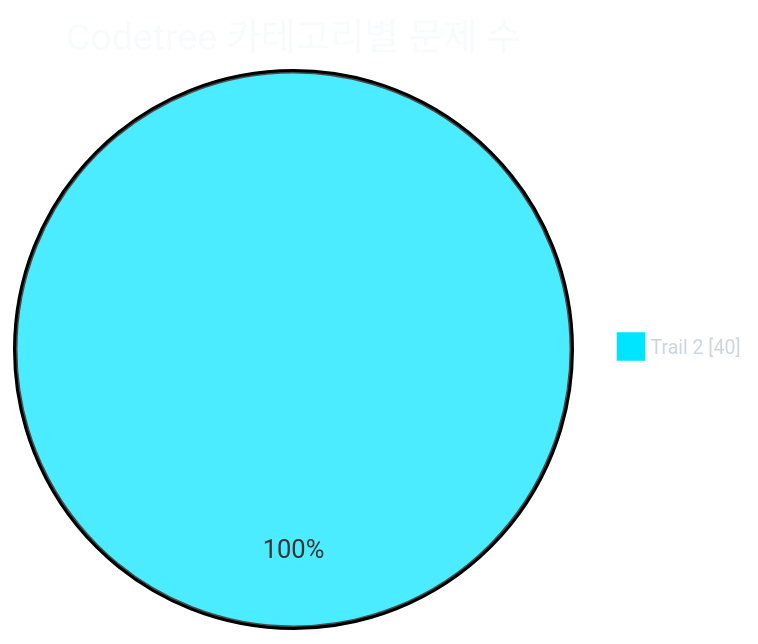
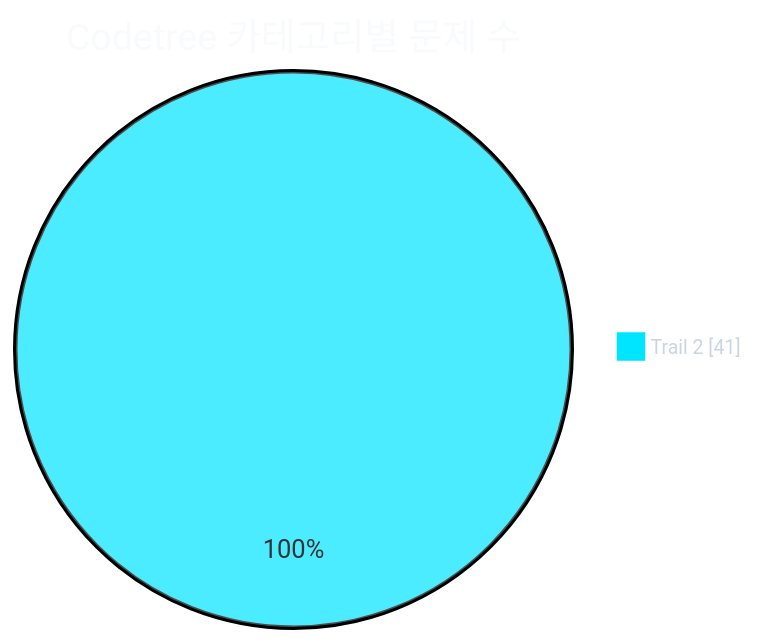
One commit to CHOOSLA/Algorithm changed the first of 2 diagrams in readme.md. Above: the diagram before and after it, drawn with Mermaid. The commit also changed other lines of this file and 2 other files, not shown here.

````diff
--- a/readme.md
+++ b/readme.md
@@ -31,21 +31,21 @@
 ```mermaid
 ---
 config:
   theme: base
   themeVariables:
     background: '#0d1117'
     pieTitleTextColor: '#f8fafc'
     pieLegendTextColor: '#cbd5e1'
     pieLegendTextSize: '13px'
     pie1: '#00e5ff'
     pie2: '#22c55e'
     pie3: '#f59e0b'
     pie4: '#a855f7'
     pie5: '#ec4899'
     pie6: '#3b82f6'
     pie7: '#64748b'
 ---
 pie showData
   title Codetree 카테고리별 문제 수
-  "Trail 2" : 40
+  "Trail 2" : 41
 ```
````
